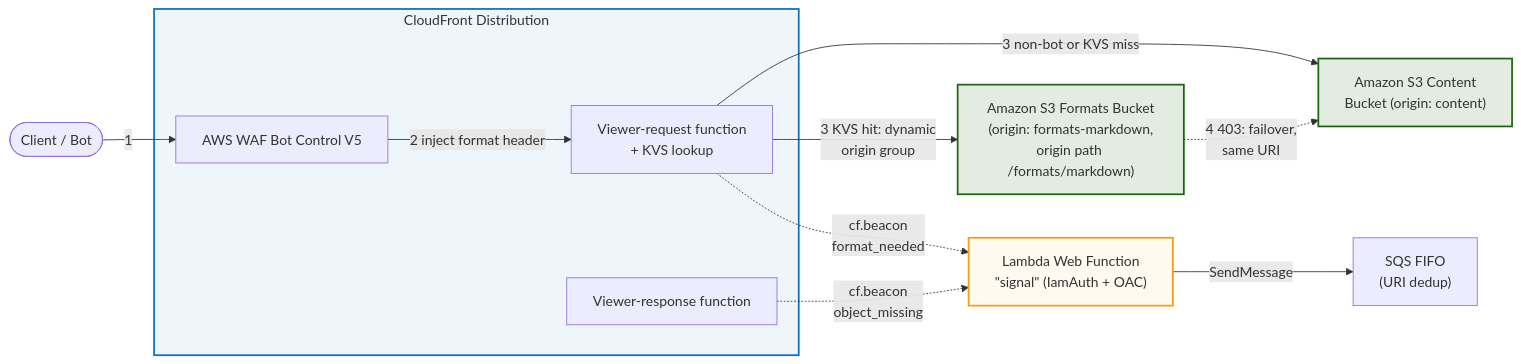
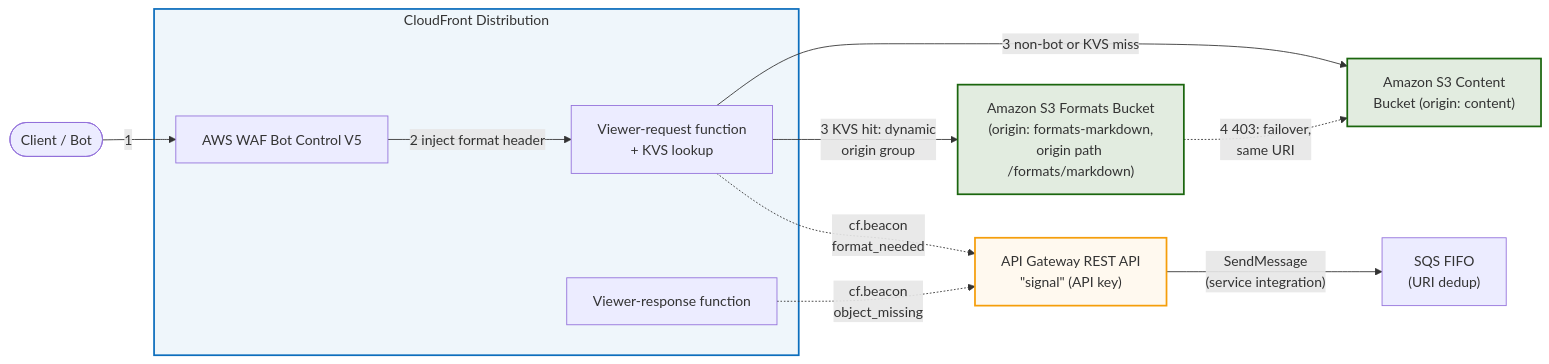
One commit to aws-samples/sample-automated-markdowns-for-agents-using-cloudfront-and-waf changed the first of 3 diagrams in README.md. Above: the diagram before and after it, drawn with Mermaid. The commit also changed other lines of this file, not shown here.

Commit message:
README: signal path through API Gateway to SQS; cost and clean-up

````diff
--- a/README.md
+++ b/README.md
@@ -22,29 +22,29 @@
 ```mermaid
 flowchart LR
     Client([Client / Bot])
 
     subgraph Distro["CloudFront Distribution"]
         AWSWAF["AWS WAF Bot Control V5"]
         VReq["Viewer-request function<br/>+ KVS lookup"]
         VRes["Viewer-response function"]
     end
 
     ContentS3["Amazon S3 Content<br/>Bucket (origin: content)"]
     FormatsBucket["Amazon S3 Formats Bucket<br/>(origin: formats-markdown,<br/>origin path /formats/markdown)"]
-    Signal["Lambda Web Function<br/>#quot;signal#quot; (IamAuth + OAC)"]
+    Signal["API Gateway REST API<br/>#quot;signal#quot; (API key)"]
     SQS["SQS FIFO<br/>(URI dedup)"]
 
     Client -->|"1"| AWSWAF
     AWSWAF -->|"2 inject format header"| VReq
     VReq -->|"3 non-bot or KVS miss"| ContentS3
     VReq -->|"3 KVS hit: dynamic<br/>origin group"| FormatsBucket
     FormatsBucket -.->|"4 403: failover,<br/>same URI"| ContentS3
     VReq -.->|"cf.beacon<br/>format_needed"| Signal
     VRes -.->|"cf.beacon<br/>object_missing"| Signal
-    Signal -->|"SendMessage"| SQS
+    Signal -->|"SendMessage<br/>(service integration)"| SQS
 
     style Distro fill:#0d6ebd10,stroke:#0d6ebd,stroke-width:2px
     style ContentS3 fill:#1b660e20,stroke:#1b660e,stroke-width:2px
     style FormatsBucket fill:#1b660e20,stroke:#1b660e,stroke-width:2px
     style Signal fill:#f59e0b10,stroke:#f59e0b,stroke-width:2px
 ```
````
